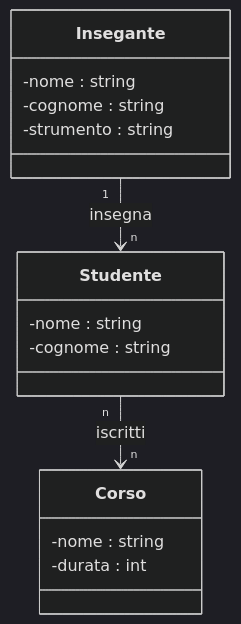
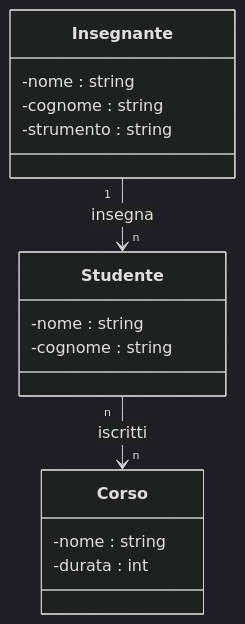
The diagram in esercizio_17/monticelli_017.md (CristianMonticelli/io), drawn with Mermaid (dark theme) before and after one commit. The commit also changed 2 other files, not shown here.

````diff
--- a/esercizio_17/monticelli_017.md
+++ b/esercizio_17/monticelli_017.md
@@ -1,31 +1,28 @@
 ```mermaid
 classDiagram
-    class Insegante {
+    class Insegnante {
         -nome : string
         -cognome : string
         -strumento : string
         
     }
     
     class Studente {
         -nome : string
         -cognome : string
         
     }
 
     class Corso {
         -nome : string
         -durata : int
     }
     
 
     
 
-    Insegante "1" --> "n" Studente : insegna
+    Insegnante "1" --> "n" Studente : insegna
     Studente "n" --> "n" Corso : iscritti
 
     
-
-
-
 ```
````
